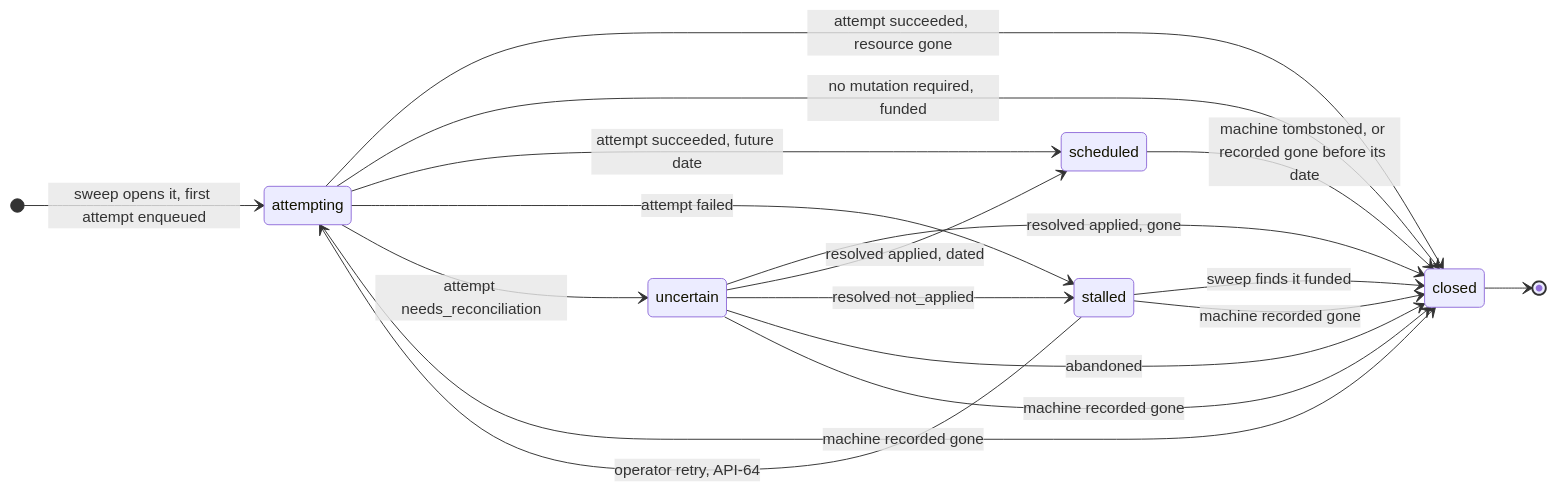
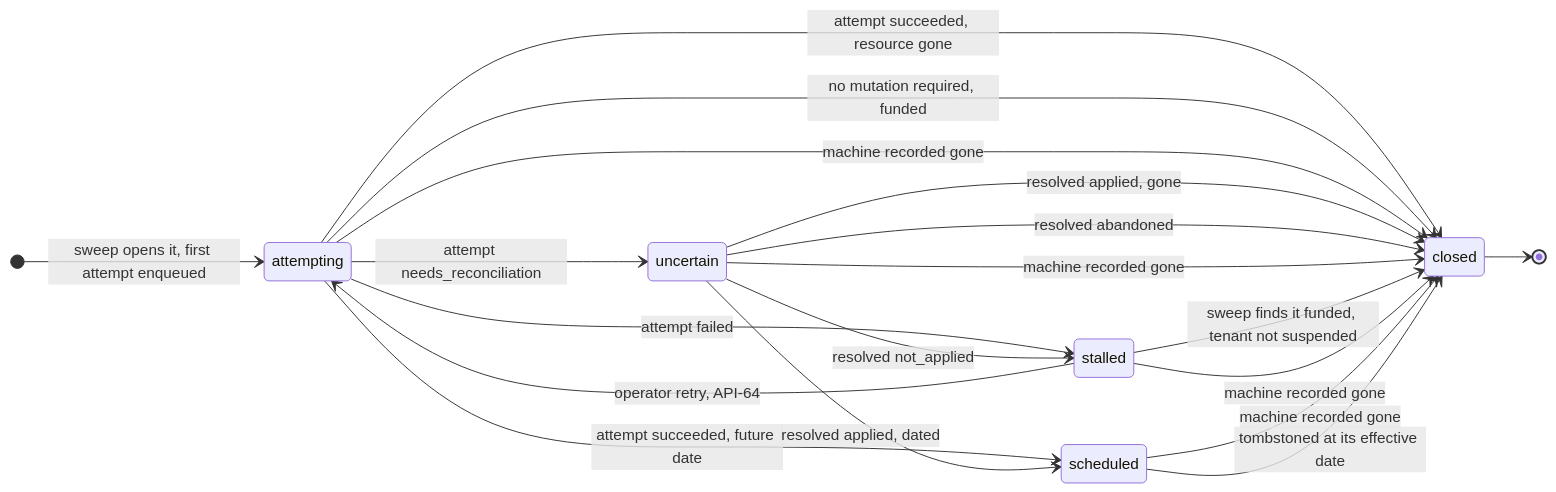
One commit to douglaz/provisiond changed the diagram in 01-domain-model.md. Above: the diagram before and after it, drawn with Mermaid. The commit also changed other lines of this file and 16 other files, not shown here.

````diff
--- a/01-domain-model.md
+++ b/01-domain-model.md
@@ -199,21 +200,22 @@
 ```mermaid
 stateDiagram-v2
     direction LR
     [*] --> attempting : sweep opens it, first attempt enqueued
     attempting --> closed : attempt succeeded, resource gone
     attempting --> closed : no mutation required, funded
     attempting --> scheduled : attempt succeeded, future date
     attempting --> stalled : attempt failed
     attempting --> uncertain : attempt needs_reconciliation
+    attempting --> closed : machine recorded gone
+    uncertain --> scheduled : resolved applied, dated
     uncertain --> closed : resolved applied, gone
-    uncertain --> scheduled : resolved applied, dated
     uncertain --> stalled : resolved not_applied
-    uncertain --> closed : abandoned
+    uncertain --> closed : resolved abandoned
+    uncertain --> closed : machine recorded gone
     stalled --> attempting : operator retry, API-64
-    stalled --> closed : sweep finds it funded
-    attempting --> closed : machine recorded gone
-    uncertain --> closed : machine recorded gone
+    stalled --> closed : sweep finds it funded, tenant not suspended
     stalled --> closed : machine recorded gone
-    scheduled --> closed : machine tombstoned, or recorded gone before its date
+    scheduled --> closed : machine recorded gone
+    scheduled --> closed : tombstoned at its effective date
     closed --> [*]
 ```
````
